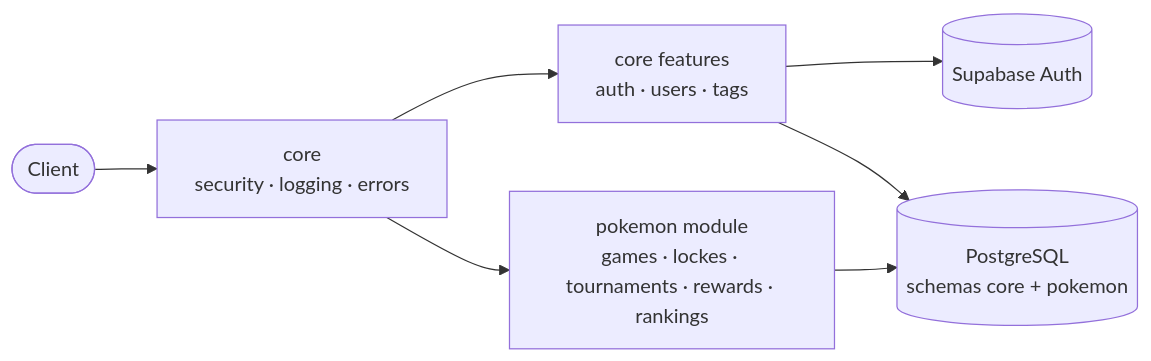
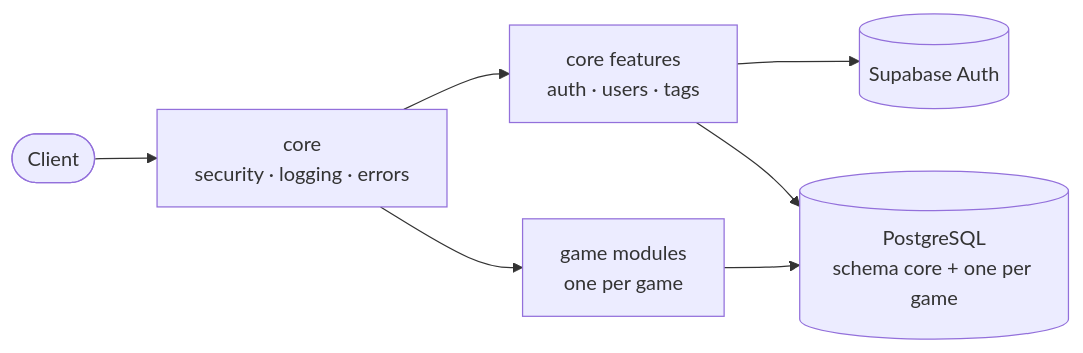
Before and after one commit to Adrianpmdev-Personal-Webs/NTG: the diagram in backend/README.md, drawn with Mermaid. The commit also changed other lines of this file and 2 other files, not shown here.

````diff
--- a/backend/README.md
+++ b/backend/README.md
@@ -33,9 +33,9 @@
 ```mermaid
 flowchart LR
     C([Client]) --> S["core<br/>security · logging · errors"]
     S --> I["core features<br/>auth · users · tags"]
-    S --> P["pokemon module<br/>games · lockes · tournaments · rewards · rankings"]
+    S --> P["game modules<br/>one per game"]
     I --> SB[("Supabase Auth")]
-    I --> DB[("PostgreSQL<br/>schemas core + pokemon")]
+    I --> DB[("PostgreSQL<br/>schema core + one per game")]
     P --> DB
 ```
````
